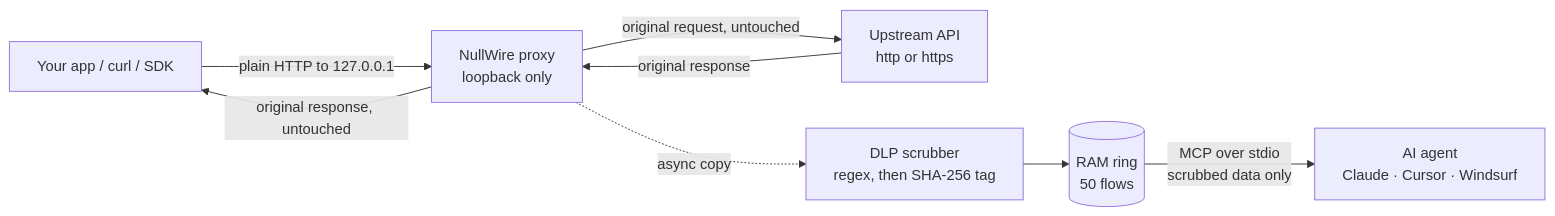
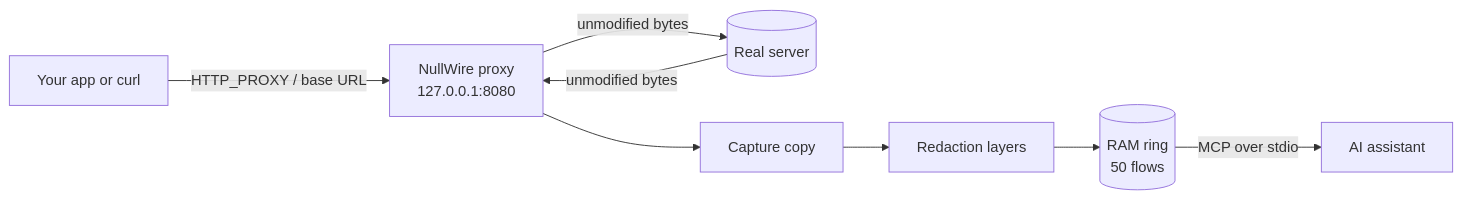
The diagram in README.md (VoxNode-ux/nullwire-mcp), drawn with Mermaid before and after one commit. The commit also changed other lines of this file and 35 other files, not shown here.

````diff
--- a/README.md
+++ b/README.md
@@ -91,10 +191,10 @@
 ```mermaid
 flowchart LR
-    APP["Your app / curl / SDK"] -->|"plain HTTP to 127.0.0.1"| PROXY["NullWire proxy<br/>loopback only"]
-    PROXY -->|"original request, untouched"| UP["Upstream API<br/>http or https"]
-    UP -->|"original response"| PROXY
-    PROXY -->|"original response, untouched"| APP
-    PROXY -.->|"async copy"| DLP["DLP scrubber<br/>regex, then SHA-256 tag"]
-    DLP --> RING[("RAM ring<br/>50 flows")]
-    RING -->|"MCP over stdio<br/>scrubbed data only"| AGENT["AI agent<br/>Claude · Cursor · Windsurf"]
+    A[Your app or curl] -->|HTTP_PROXY / base URL| P[NullWire proxy<br/>127.0.0.1:8080]
+    P -->|unmodified bytes| S[(Real server)]
+    S -->|unmodified bytes| P
+    P --> C[Capture copy]
+    C --> R[Redaction layers]
+    R --> B[(RAM ring<br/>50 flows)]
+    B -->|MCP over stdio| M[AI assistant]
 ```
````
